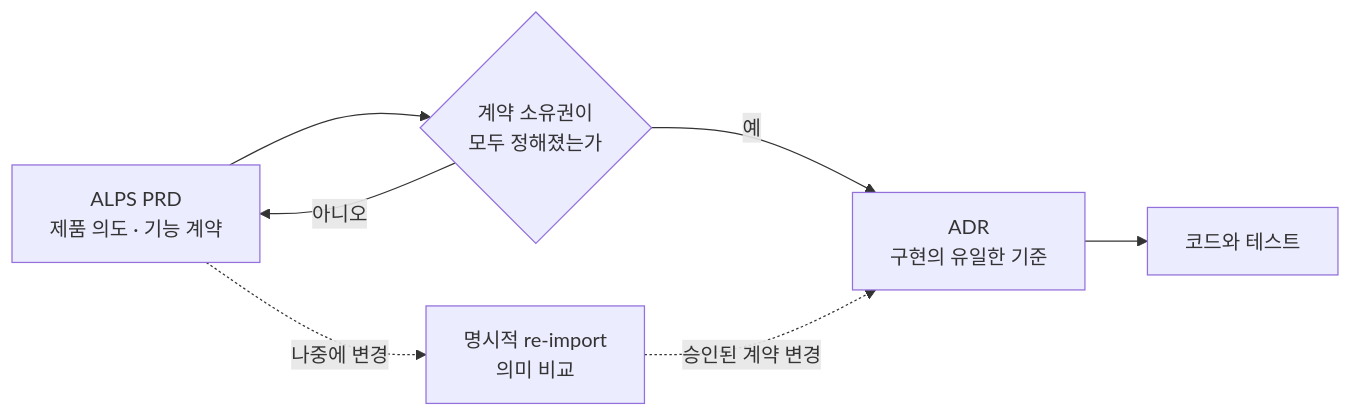
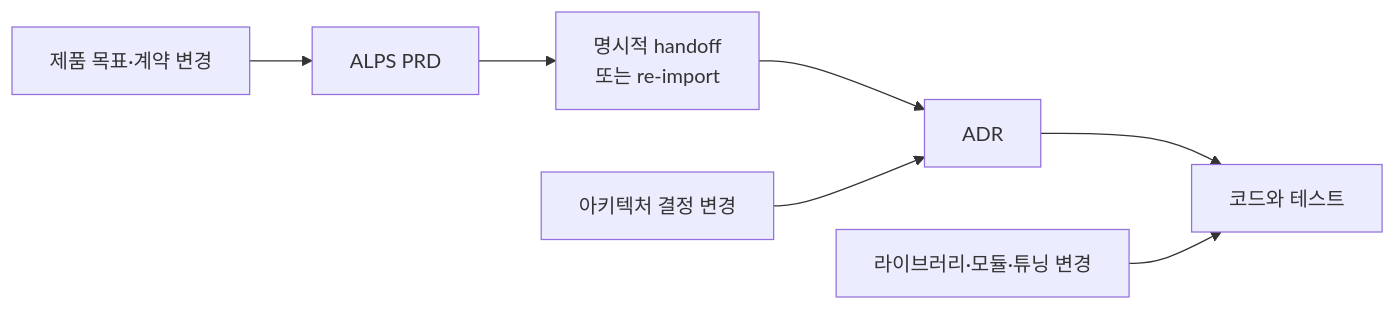
The diagram in _posts/2026-07-25-alps-adr-abstraction-boundaries.md (haandol/haandol.github.com), drawn with Mermaid before and after one commit. The commit also changed other lines of this file and 3 other files, not shown here.

````diff
--- a/_posts/2026-07-25-alps-adr-abstraction-boundaries.md
+++ b/_posts/2026-07-25-alps-adr-abstraction-boundaries.md
@@ -106,9 +111,9 @@
 ```mermaid
 flowchart LR
-    P["ALPS PRD<br/>제품 의도 · 기능 계약"] --> H{"계약 소유권이<br/>모두 정해졌는가"}
-    H -- "아니오" --> P
-    H -- "예" --> A["ADR<br/>구현의 유일한 기준"]
-    A --> C["코드와 테스트"]
-    P -. "나중에 변경" .-> R["명시적 re-import<br/>의미 비교"]
-    R -. "승인된 계약 변경" .-> A
+    P["제품 목표·계약 변경"] --> PRD["ALPS PRD"]
+    PRD --> H["명시적 handoff<br/>또는 re-import"]
+    H --> ADR["ADR"]
+    A["아키텍처 결정 변경"] --> ADR
+    ADR --> CODE["코드와 테스트"]
+    I["라이브러리·모듈·튜닝 변경"] --> CODE
 ```
````
